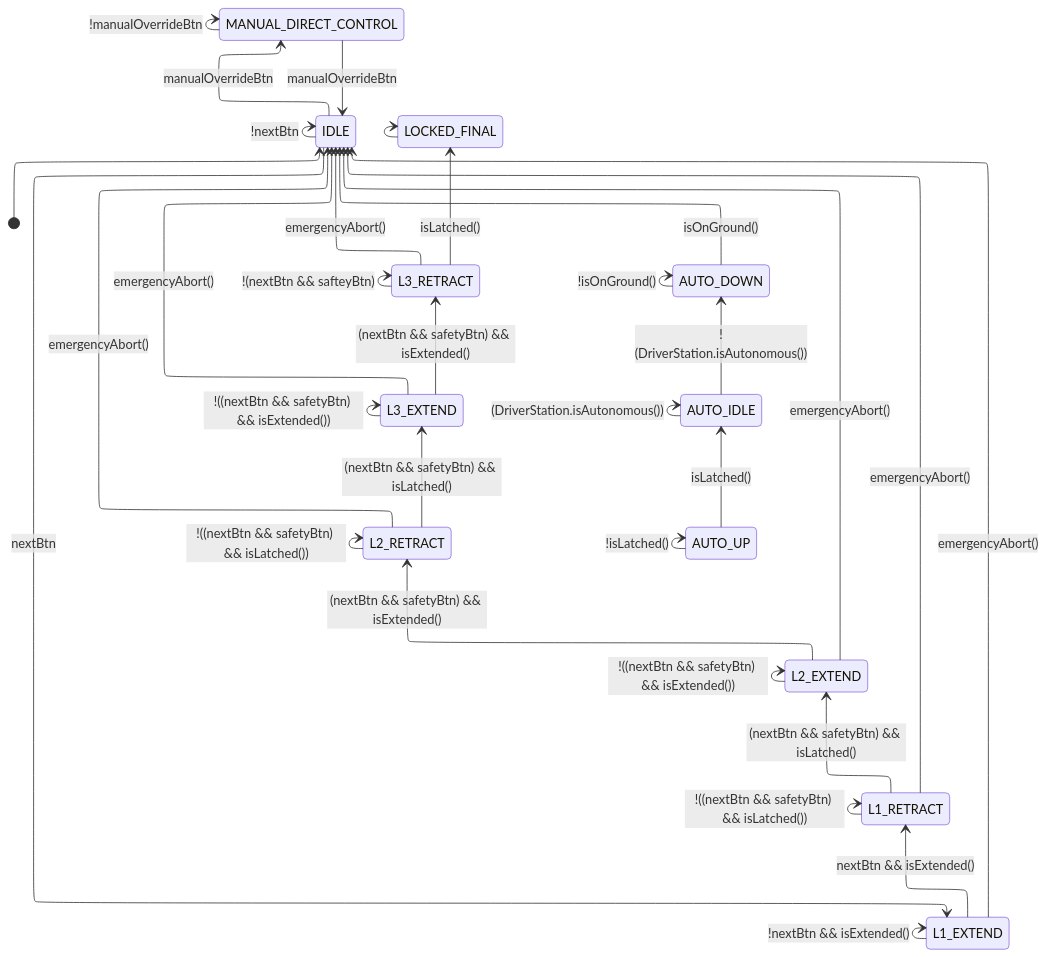
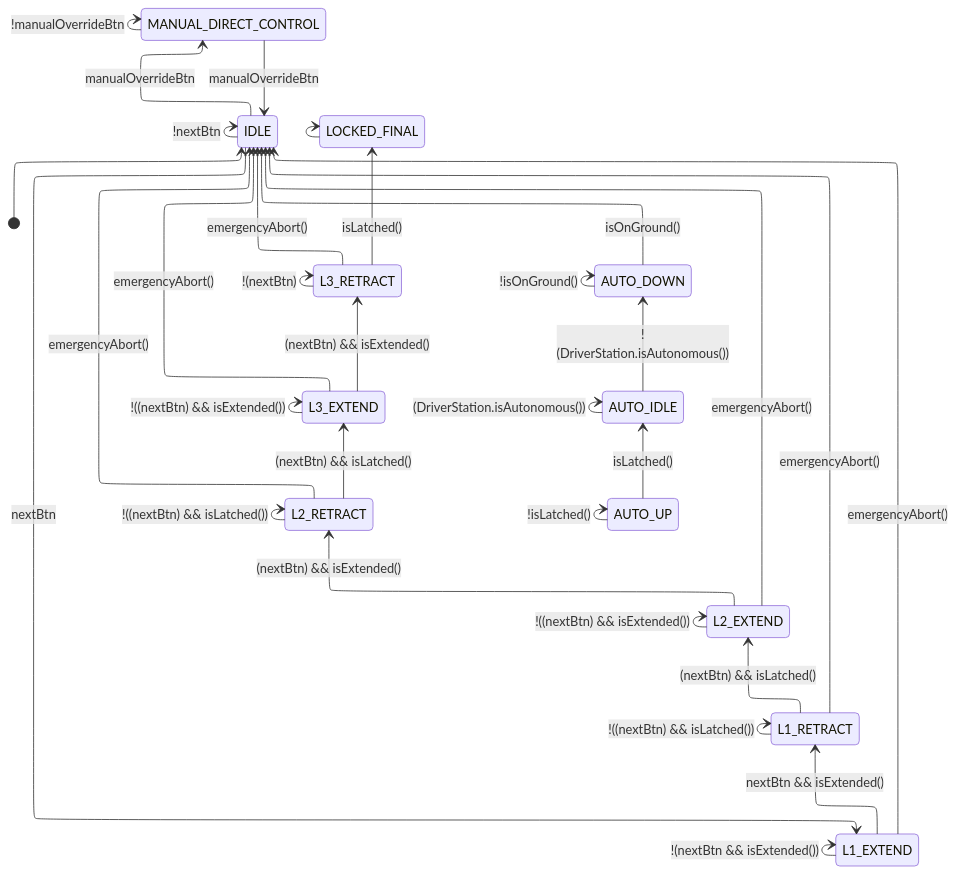
The diagram in doc/ClimberFSM.md (Tino-FRC-2473/FRC2026), drawn with Mermaid before and after one commit.

Commit message:
(doc) Update climber FSM Diagram

````diff
--- a/doc/ClimberFSM.md
+++ b/doc/ClimberFSM.md
@@ -3,52 +3,52 @@
 ```mermaid
 ---
 config:
   layout: elk
   title: Climber State Diagram
 ---
 stateDiagram
   direction BT
   [*] --> I
   I --> I:!nextBtn
   MDC --> MDC:!manualOverrideBtn
   I --> MDC:manualOverrideBtn
   MDC --> I:manualOverrideBtn
   I --> L1E:nextBtn
-  L1E --> L1E:!nextBtn && isExtended()
-  L1R --> L1R:!((nextBtn && safetyBtn) && isLatched())
-  L2E --> L2E:!((nextBtn && safetyBtn) && isExtended())
-  L2R --> L2R:!((nextBtn && safetyBtn) && isLatched())
-  L3E --> L3E:!((nextBtn && safetyBtn) && isExtended())
-  L3R --> L3R:!(nextBtn && safteyBtn)
+  L1E --> L1E:!(nextBtn && isExtended())
+  L1R --> L1R:!((nextBtn) && isLatched())
+  L2E --> L2E:!((nextBtn) && isExtended())
+  L2R --> L2R:!((nextBtn) && isLatched())
+  L3E --> L3E:!((nextBtn) && isExtended())
+  L3R --> L3R:!(nextBtn)
   LF --> LF
   L1E --> L1R:nextBtn && isExtended()
-  L1R --> L2E:(nextBtn && safetyBtn) && isLatched()
-  L2E --> L2R:(nextBtn && safetyBtn) && isExtended()
-  L2R --> L3E:(nextBtn && safetyBtn) && isLatched()
+  L1R --> L2E:(nextBtn) && isLatched()
+  L2E --> L2R:(nextBtn) && isExtended()
+  L2R --> L3E:(nextBtn) && isLatched()
   L1E --> I:emergencyAbort()
   L1R --> I:emergencyAbort()
   L2E --> I:emergencyAbort()
   L2R --> I:emergencyAbort()
   L3E --> I:emergencyAbort()
   L3R --> I:emergencyAbort()
-  L3E --> L3R:(nextBtn && safetyBtn) && isExtended()
+  L3E --> L3R:(nextBtn) && isExtended()
   L3R --> LF:isLatched()
-  AU --> AI:  isLatched()
-  AI --> AD: !(DriverStation.isAutonomous())
-  AD --> I: isOnGround()
-  AU --> AU: !isLatched()
-  AI --> AI: (DriverStation.isAutonomous())
-  AD --> AD: !isOnGround()
+  AU --> AI:isLatched()
+  AI --> AD:!(DriverStation.isAutonomous())
+  AD --> I:isOnGround()
+  AU --> AU:!isLatched()
+  AI --> AI:(DriverStation.isAutonomous())
+  AD --> AD:!isOnGround()
   I:IDLE
   MDC:MANUAL_DIRECT_CONTROL
   L1E:L1_EXTEND
   L1R:L1_RETRACT
   L2E:L2_EXTEND
   L2R:L2_RETRACT
   L3E:L3_EXTEND
   L3R:L3_RETRACT
+  LF:LOCKED_FINAL
+  AU:AUTO_UP
+  AI:AUTO_IDLE
   AD:AUTO_DOWN
-  AU:AUTO_UP
-  AI: AUTO_IDLE
-  LF:LOCKED_FINAL
 ```
````
